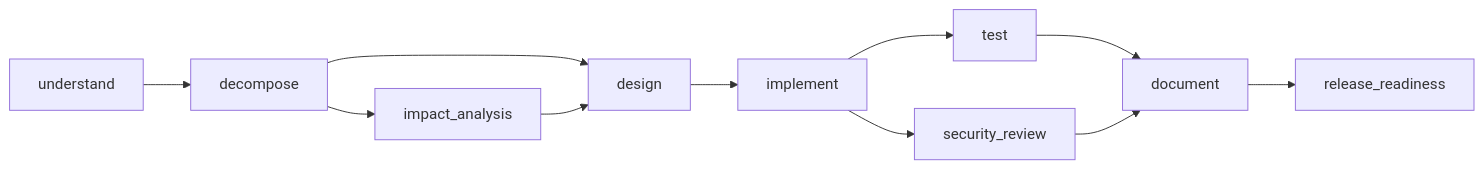
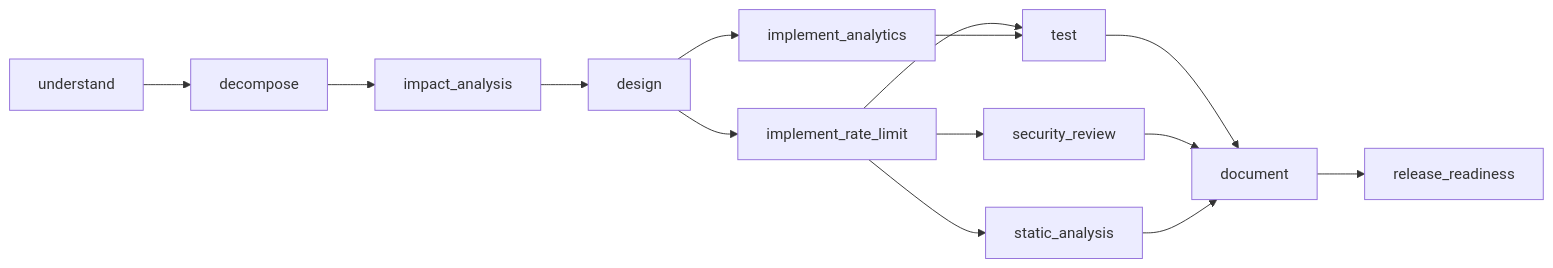
Before and after one commit to schintha1/agentic-url-shortener: the second of 2 diagrams in README.md, drawn with Mermaid. The commit also changed other lines of this file and 4 other files, not shown here.

````diff
--- a/README.md
+++ b/README.md
@@ -75,13 +89,16 @@
 ```mermaid
 flowchart LR
   understand --> decompose
-  decompose --> design
   decompose --> impact_analysis
   impact_analysis --> design
-  design --> implement
-  implement --> test
-  implement --> security_review
+  design --> implement_rate_limit
+  design --> implement_analytics
+  implement_rate_limit --> test
+  implement_analytics --> test
+  implement_rate_limit --> security_review
+  implement_rate_limit --> static_analysis
   test --> document
   security_review --> document
+  static_analysis --> document
   document --> release_readiness
 ```
````
